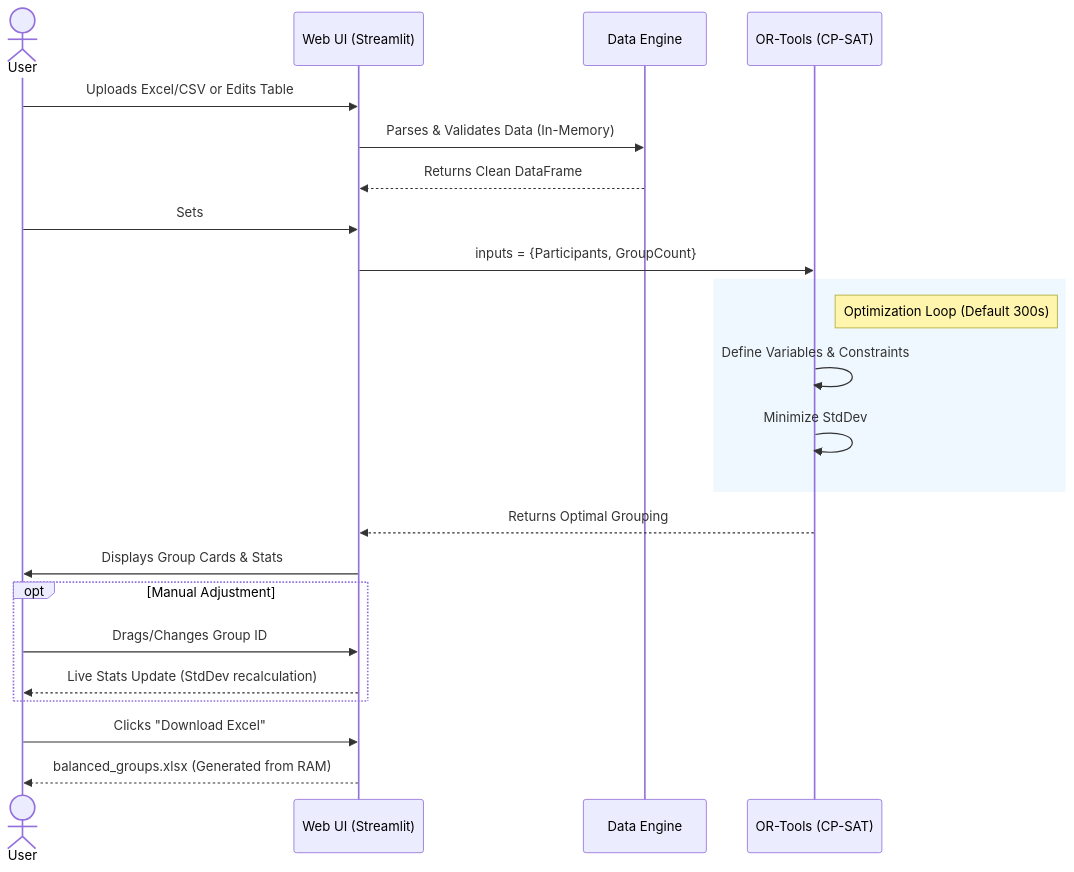
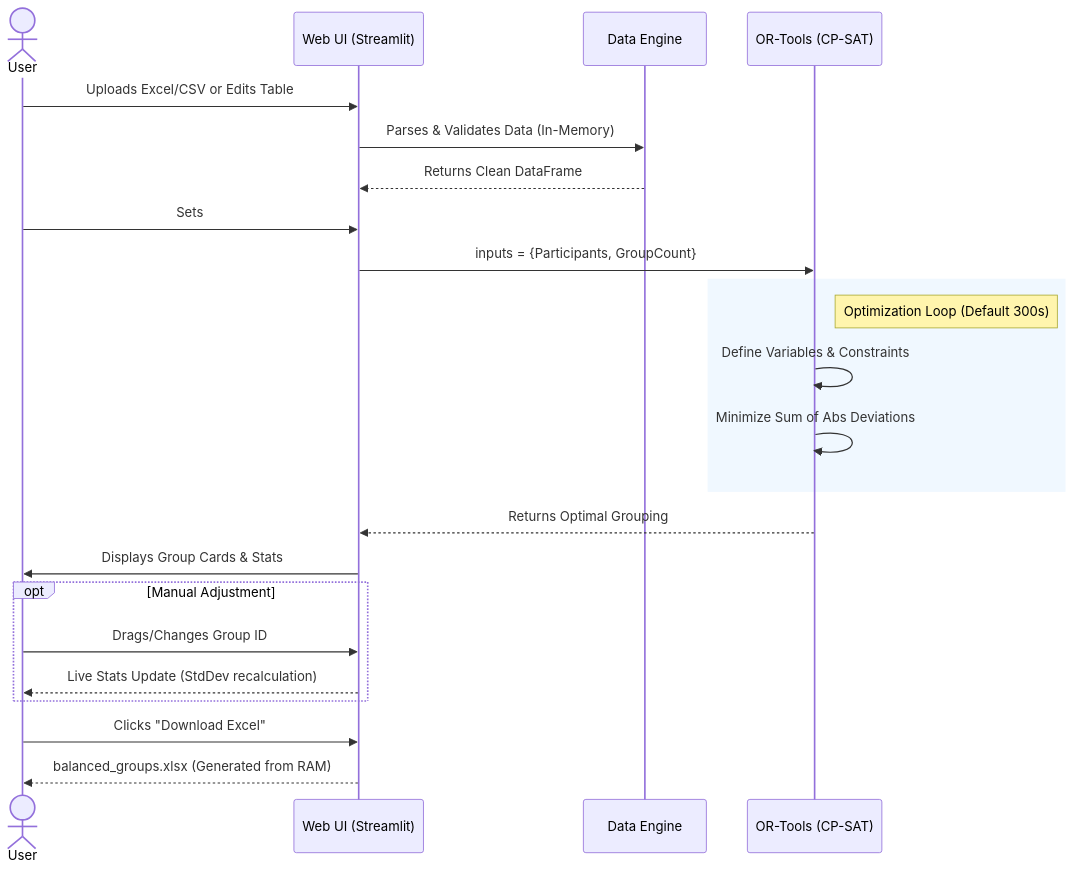
The diagram in README.md (genes3e7/Group-Balancer), drawn with Mermaid before and after one commit. The commit also changed 5 other files, not shown here.

````diff
--- a/README.md
+++ b/README.md
@@ -38,35 +38,35 @@
 ```mermaid
 sequenceDiagram
     actor User
     participant Browser as Web UI (Streamlit)
     participant Core as Data Engine
     participant Solver as OR-Tools (CP-SAT)
 
     %% Step 1
     User->>Browser: Uploads Excel/CSV or Edits Table
     Browser->>Core: Parses & Validates Data (In-Memory)
     Core-->>Browser: Returns Clean DataFrame
 
     %% Step 2
     User->>Browser: Sets # of Groups & Clicks "Generate"
     Browser->>Solver: inputs = {Participants, GroupCount}
     
     rect rgb(240, 248, 255)
     note right of Solver: Optimization Loop (Default 300s)
     Solver->>Solver: Define Variables & Constraints
-    Solver->>Solver: Minimize StdDev
+    Solver->>Solver: Minimize Sum of Abs Deviations
     end
     
     Solver-->>Browser: Returns Optimal Grouping
     
     %% Step 3
     Browser->>User: Displays Group Cards & Stats
     
     opt Manual Adjustment
         User->>Browser: Drags/Changes Group ID
         Browser-->>User: Live Stats Update (StdDev recalculation)
     end
     
     User->>Browser: Clicks "Download Excel"
     Browser-->>User: balanced_groups.xlsx (Generated from RAM)
 ```
````
